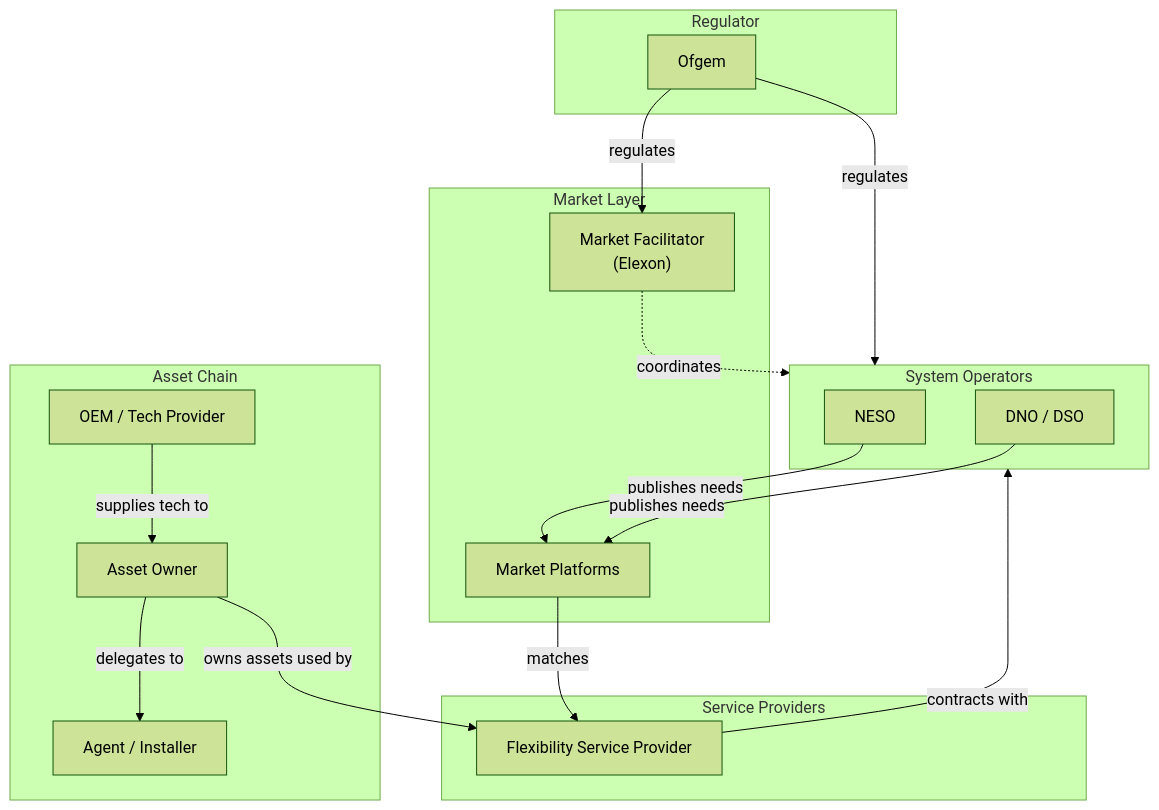
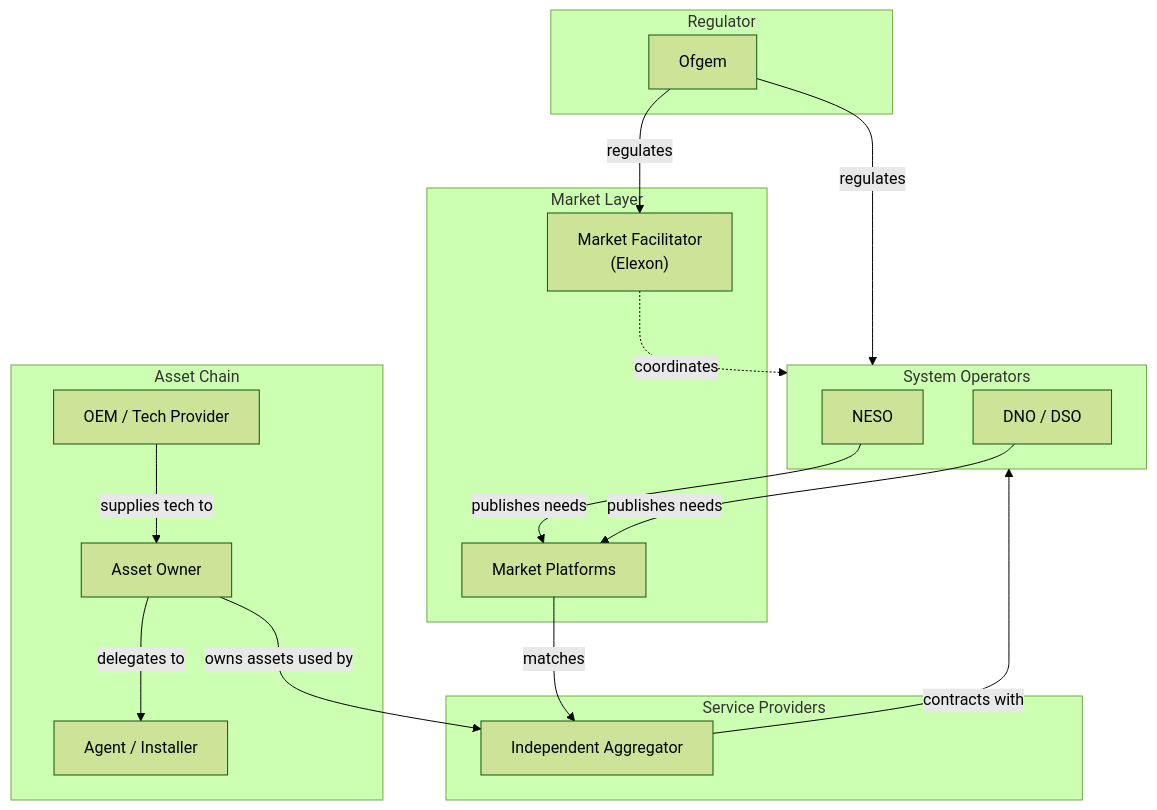
One commit to Mez-Elexon/flex-world-docs changed the diagram in quickstart.mdx. Above: the diagram before and after it, drawn with Mermaid (forest theme). The commit also changed 8 other files, not shown here.

````diff
--- a/quickstart.mdx
+++ b/quickstart.mdx
@@ -14,39 +14,39 @@
 ```mermaid
 flowchart TB
     subgraph regulator["Regulator"]
         Ofgem
     end
 
     subgraph operators["System Operators"]
         NESO
         DNO["DNO / DSO"]
     end
 
     subgraph market["Market Layer"]
         MF["Market Facilitator<br/>(Elexon)"]
         Platform["Market Platforms"]
     end
 
     subgraph providers["Service Providers"]
-        FSP["Flexibility Service Provider"]
+        FSP["Independent Aggregator"]
     end
 
     subgraph asset["Asset Chain"]
         AO["Asset Owner"]
         Agent["Agent / Installer"]
         OEM["OEM / Tech Provider"]
     end
 
     Ofgem -->|regulates| operators
     Ofgem -->|regulates| MF
 
     NESO -->|publishes needs| Platform
     DNO -->|publishes needs| Platform
     Platform -->|matches| FSP
     FSP -->|contracts with| operators
 
     AO -->|delegates to| Agent
     AO -->|owns assets used by| FSP
     OEM -->|supplies tech to| AO
     MF -.->|coordinates| operators
 ```
````
